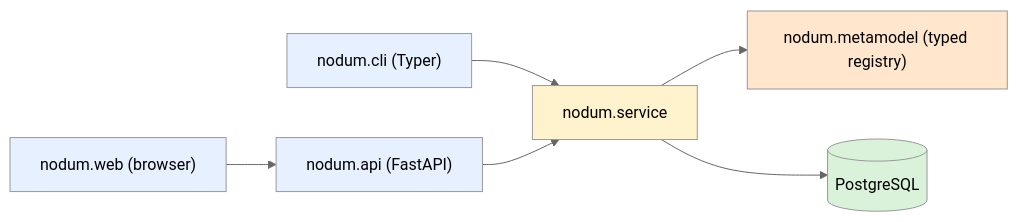
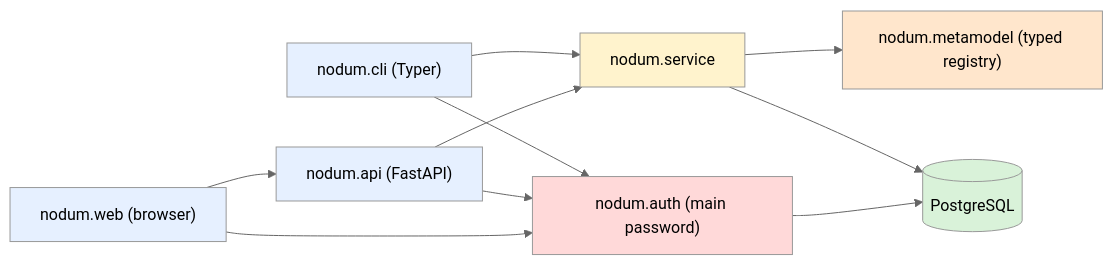
The diagram in AGENTS.md (vcoeur/nodum), drawn with Mermaid (neutral theme) before and after one commit. The commit also changed other lines of this file and 20 other files, not shown here.

First line of the commit message:
Add single-password auth gating the API and web view

````diff
--- a/AGENTS.md
+++ b/AGENTS.md
@@ -45,14 +45,19 @@
 ```mermaid
 flowchart LR
     cli["nodum.cli (Typer)"] --> svc["nodum.service"]
     api["nodum.api (FastAPI)"] --> svc
     web["nodum.web (browser)"] --> api
     svc --> mm["nodum.metamodel (typed registry)"]
     svc --> pg[("PostgreSQL")]
+    cli --> auth["nodum.auth (main password)"]
+    api --> auth
+    web --> auth
+    auth --> pg
     style cli fill:#e6f0ff,color:#000
     style api fill:#e6f0ff,color:#000
     style web fill:#e6f0ff,color:#000
     style svc fill:#fff3cd,color:#000
     style mm fill:#ffe6cc,color:#000
+    style auth fill:#ffd9d9,color:#000
     style pg fill:#d9f2d9,color:#000
 ```
````
